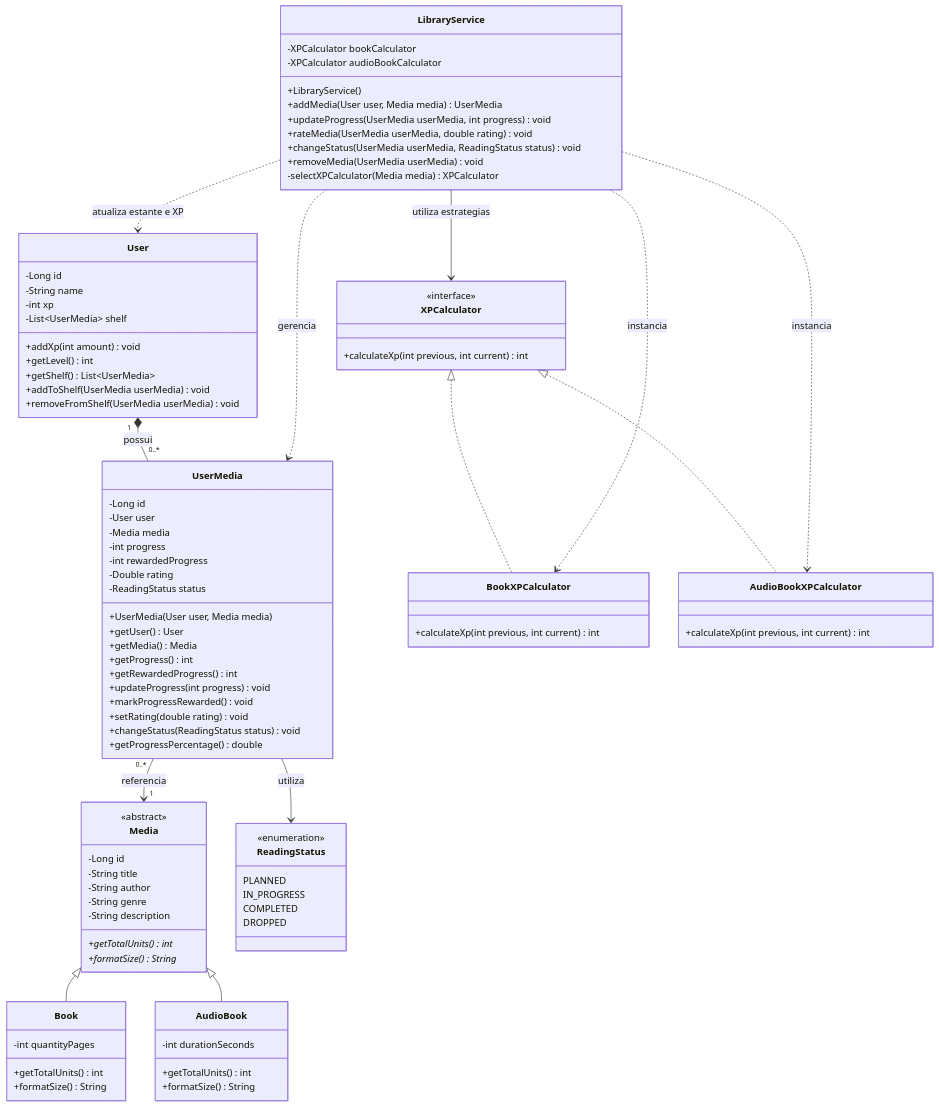
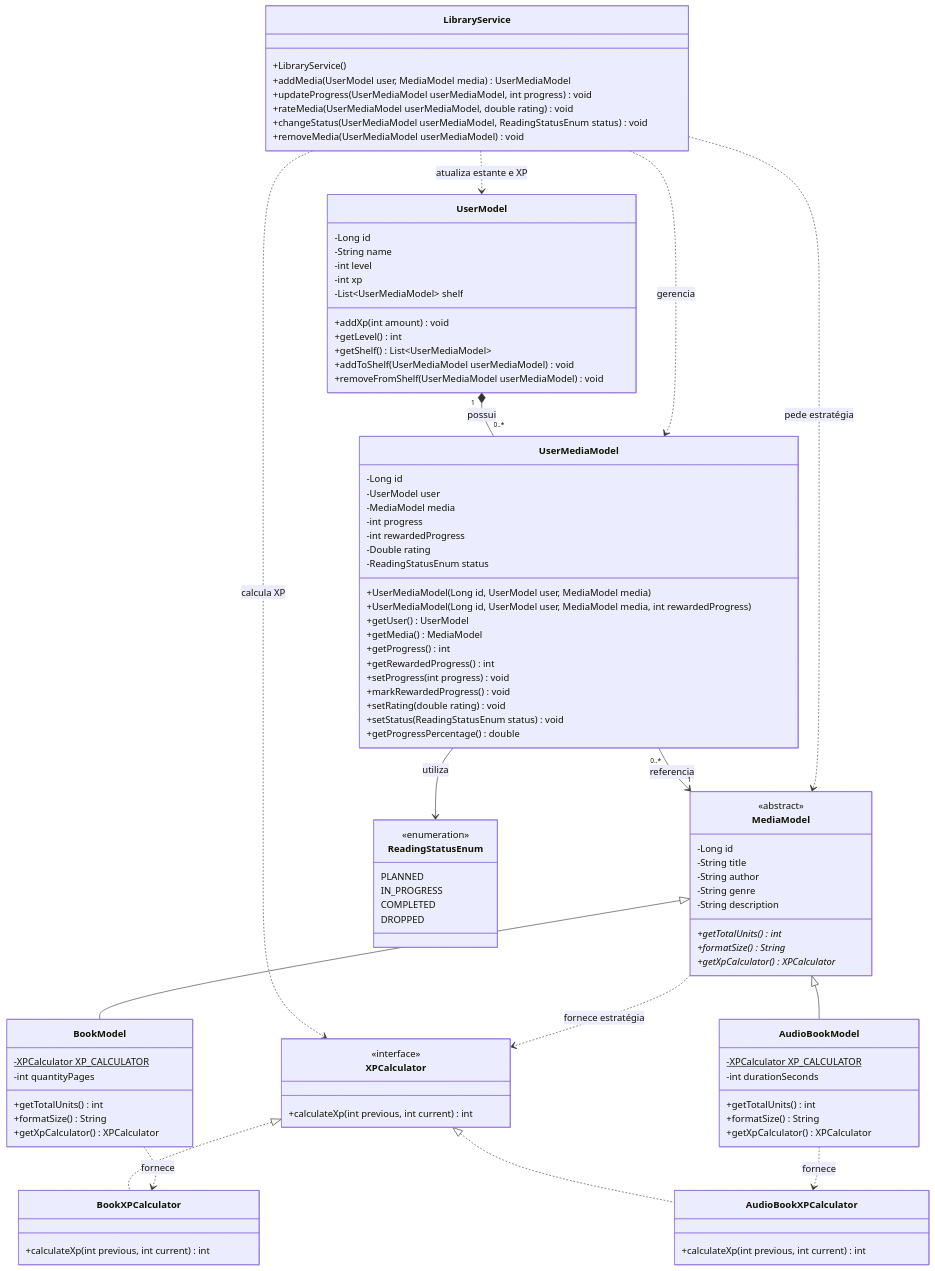
One commit to Gabrielfb10/Estante-Virtual changed the diagram in docs/uml/diagrama-de-classes.mmd. Above: the diagram before and after it, drawn with Mermaid. The commit also changed 12 other files, not shown here.

```diff
--- a/docs/uml/diagrama-de-classes.mmd
+++ b/docs/uml/diagrama-de-classes.mmd
@@ -1,103 +1,109 @@
 classDiagram
     direction TB
 
-    class User {
+    class UserModel {
         -Long id
         -String name
+        -int level
         -int xp
-        -List~UserMedia~ shelf
+        -List~UserMediaModel~ shelf
         +addXp(int amount) void
         +getLevel() int
-        +getShelf() List~UserMedia~
-        +addToShelf(UserMedia userMedia) void
-        +removeFromShelf(UserMedia userMedia) void
+        +getShelf() List~UserMediaModel~
+        +addToShelf(UserMediaModel userMediaModel) void
+        +removeFromShelf(UserMediaModel userMediaModel) void
     }
 
-    class UserMedia {
+    class UserMediaModel {
         -Long id
-        -User user
-        -Media media
+        -UserModel user
+        -MediaModel media
         -int progress
         -int rewardedProgress
         -Double rating
-        -ReadingStatus status
-        +UserMedia(User user, Media media)
-        +getUser() User
-        +getMedia() Media
+        -ReadingStatusEnum status
+        +UserMediaModel(Long id, UserModel user, MediaModel media)
+        +UserMediaModel(Long id, UserModel user, MediaModel media, int rewardedProgress)
+        +getUser() UserModel
+        +getMedia() MediaModel
         +getProgress() int
         +getRewardedProgress() int
-        +updateProgress(int progress) void
-        +markProgressRewarded() void
+        +setProgress(int progress) void
+        +markRewardedProgress() void
         +setRating(double rating) void
-        +changeStatus(ReadingStatus status) void
+        +setStatus(ReadingStatusEnum status) void
         +getProgressPercentage() double
     }
 
-    class Media {
+    class MediaModel {
         <<abstract>>
         -Long id
         -String title
         -String author
         -String genre
         -String description
         +getTotalUnits() int*
         +formatSize() String*
+        +getXpCalculator() XPCalculator*
     }
 
-    class Book {
+    class BookModel {
+        -XPCalculator XP_CALCULATOR$
         -int quantityPages
         +getTotalUnits() int
         +formatSize() String
+        +getXpCalculator() XPCalculator
     }
 
-    class AudioBook {
+    class AudioBookModel {
+        -XPCalculator XP_CALCULATOR$
         -int durationSeconds
         +getTotalUnits() int
         +formatSize() String
+        +getXpCalculator() XPCalculator
     }
 
-    class ReadingStatus {
+    class ReadingStatusEnum {
         <<enumeration>>
         PLANNED
         IN_PROGRESS
         COMPLETED
         DROPPED
     }
 
     class XPCalculator {
         <<interface>>
         +calculateXp(int previous, int current) int
     }
 
     class BookXPCalculator {
         +calculateXp(int previous, int current) int
     }
 
     class AudioBookXPCalculator {
         +calculateXp(int previous, int current) int
     }
 
     class LibraryService {
-        -XPCalculator bookCalculator
-        -XPCalculator audioBookCalculator
         +LibraryService()
-        +addMedia(User user, Media media) UserMedia
-        +updateProgress(UserMedia userMedia, int progress) void
-        +rateMedia(UserMedia userMedia, double rating) void
-        +changeStatus(UserMedia userMedia, ReadingStatus status) void
-        +removeMedia(UserMedia userMedia) void
-        -selectXPCalculator(Media media) XPCalculator
+        +addMedia(UserModel user, MediaModel media) UserMediaModel
+        +updateProgress(UserMediaModel userMediaModel, int progress) void
+        +rateMedia(UserMediaModel userMediaModel, double rating) void
+        +changeStatus(UserMediaModel userMediaModel, ReadingStatusEnum status) void
+        +removeMedia(UserMediaModel userMediaModel) void
     }
 
-    Media <|-- Book
-    Media <|-- AudioBook
+    MediaModel <|-- BookModel
+    MediaModel <|-- AudioBookModel
     XPCalculator <|.. BookXPCalculator
     XPCalculator <|.. AudioBookXPCalculator
-    User "1" *-- "0..*" UserMedia : possui
-    UserMedia "0..*" --> "1" Media : referencia
-    UserMedia --> ReadingStatus : utiliza
-    LibraryService ..> UserMedia : gerencia
-    LibraryService ..> User : atualiza estante e XP
-    LibraryService --> XPCalculator : utiliza estrategias
-    LibraryService ..> BookXPCalculator : instancia
-    LibraryService ..> AudioBookXPCalculator : instancia
+    UserModel "1" *-- "0..*" UserMediaModel : possui
+    UserMediaModel "0..*" --> "1" MediaModel : referencia
+    UserMediaModel --> ReadingStatusEnum : utiliza
+    LibraryService ..> UserMediaModel : gerencia
+    LibraryService ..> UserModel : atualiza estante e XP
+    LibraryService ..> MediaModel : pede estratégia
+    LibraryService ..> XPCalculator : calcula XP
+    MediaModel ..> XPCalculator : fornece estratégia
+    BookModel ..> BookXPCalculator : fornece
+    AudioBookModel ..> AudioBookXPCalculator : fornece
```
